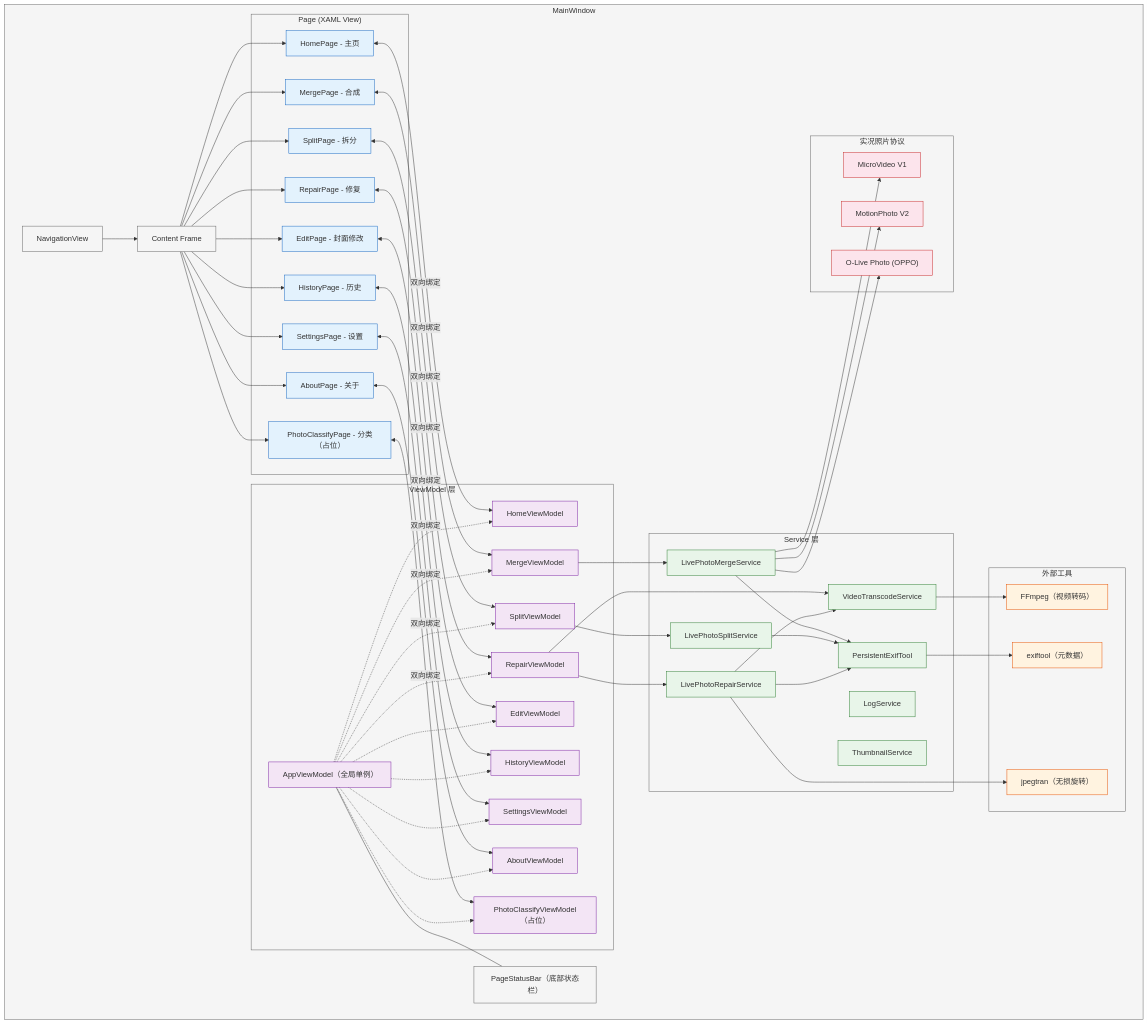
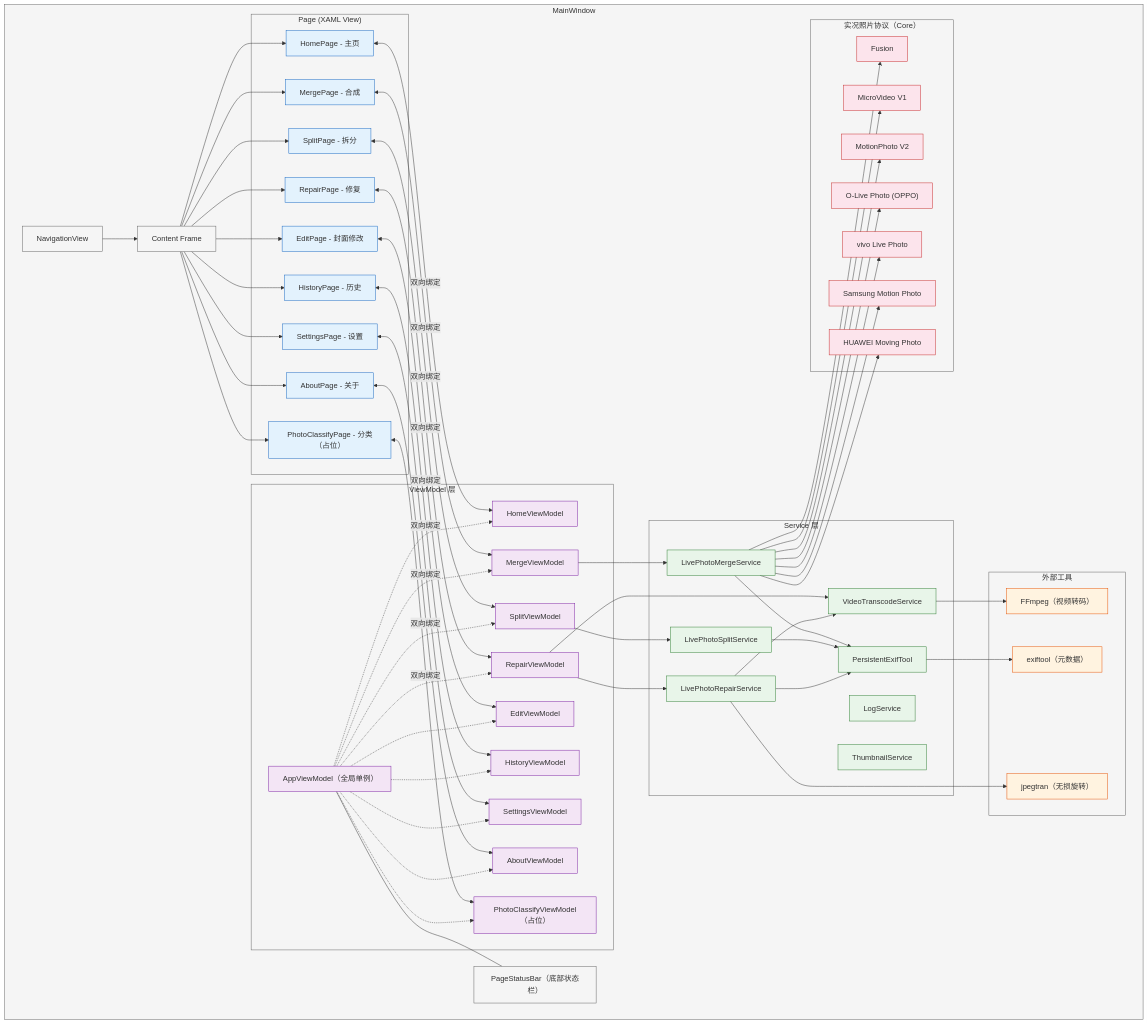
The first of 4 diagrams in docs/项目总览.md (LengxiQwQ/live-photo-box), drawn with Mermaid before and after one commit. The commit also changed other lines of this file and 10 other files, not shown here.

````diff
--- a/docs/项目总览.md
+++ b/docs/项目总览.md
@@ -655,10 +687,14 @@
             JpegTran["jpegtran（无损旋转）"]
         end
 
-        subgraph Protocols["实况照片协议"]
+        subgraph Protocols["实况照片协议（Core）"]
+            FUS["Fusion"]
             MV1["MicroVideo V1"]
             MP2["MotionPhoto V2"]
             OPPO["O-Live Photo (OPPO)"]
+            VIVO["vivo Live Photo"]
+            SS["Samsung Motion Photo"]
+            HW["HUAWEI Moving Photo"]
         end
     end
 
@@ -695,7 +731,7 @@
     RepairSvc --> JpegTran
 
     %% 合并服务调用协议
-    MergeSvc --> MV1 & MP2 & OPPO
+    MergeSvc --> FUS & MV1 & MP2 & OPPO & VIVO & SS & HW
 
     %% 样式
     classDef view fill:#e3f2fd,stroke:#1565c0
@@ -709,6 +745,6 @@
     class HomeVM,MergeVM,SplitVM,RepairVM,EditVM,HistoryVM,SettingsVM,AboutVM,ClassifyVM,AppVM vm
     class MergeSvc,SplitSvc,RepairSvc,TranscodeSvc,ExifToolSvc,LogSvc,ThumbSvc svc
     class ExifTool,FFmpeg,JpegTran tool
-    class MV1,MP2,OPPO proto
+    class FUS,MV1,MP2,OPPO,VIVO,SS,HW proto
     class MainWindow,NavView,ContentFrame,StatusBar,Page,VM,Service,External,Protocols app
 ```
````
